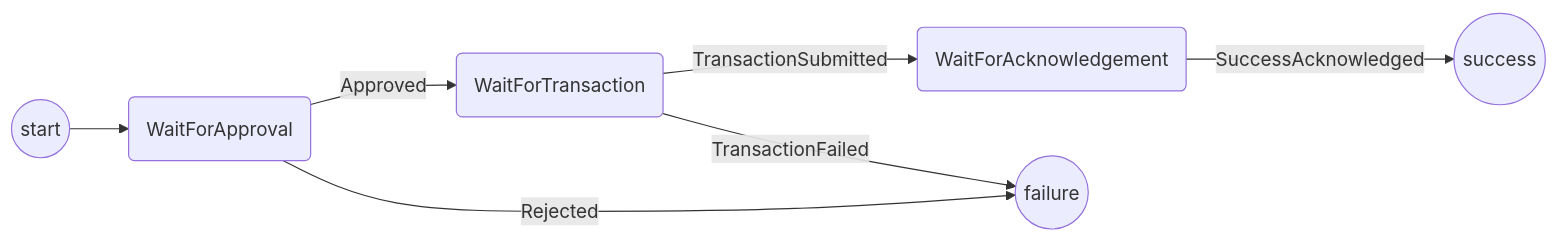
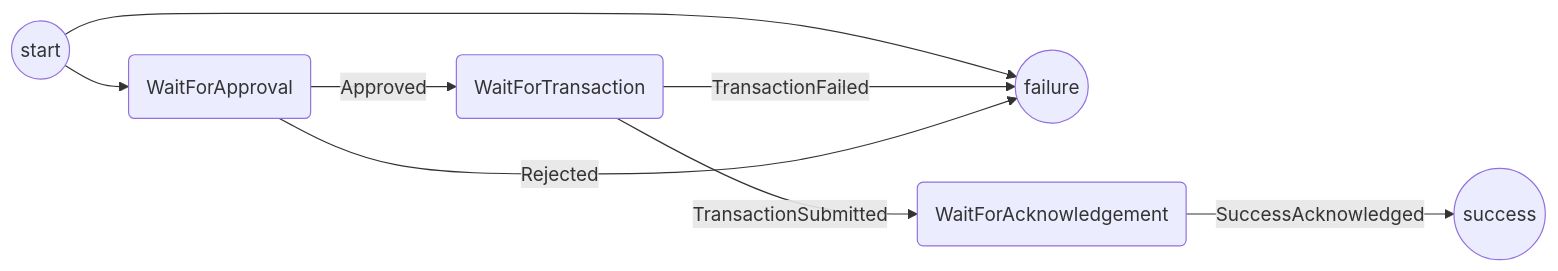
One commit to magmo/apps changed the diagram in packages/wallet/src/redux/protocols/withdrawing/readme.md. Above: the diagram before and after it, drawn with Mermaid. The commit also changed other lines of this file and 5 other files, not shown here.

````diff
--- a/packages/wallet/src/redux/protocols/withdrawing/readme.md
+++ b/packages/wallet/src/redux/protocols/withdrawing/readme.md
@@ -22,9 +22,10 @@
 ```mermaid
 graph LR
+  St((start)) --> F((failure))
   St((start)) --> WFAp(WaitForApproval)
   WFAp --> |Approved| WFT(WaitForTransaction)
   WFT --> |TransactionSubmitted| WFAk(WaitForAcknowledgement)
   WFT --> |TransactionFailed| F((failure))
   WFAk --> |SuccessAcknowledged| S((success))
   WFAp --> |Rejected| F((failure))
 ```
````
